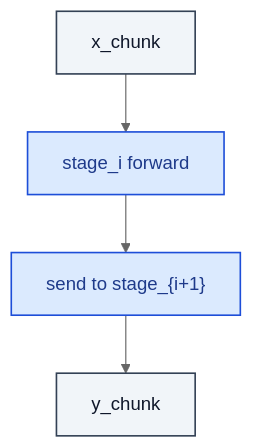
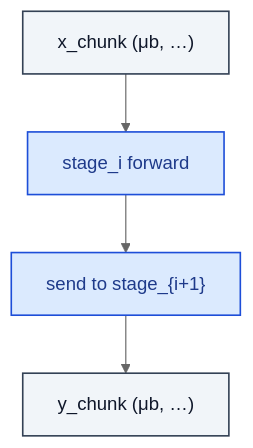
The diagram in efficient/PipelineStage.md (RealityShifts/Srivastava-book-of-Blocks-diagrams), drawn with Mermaid (neutral theme) before and after one commit. The commit also changed 123 other files, not shown here.

````diff
--- a/efficient/PipelineStage.md
+++ b/efficient/PipelineStage.md
@@ -7,19 +7,20 @@
 ```mermaid
 flowchart TD
-    n0_0["x_chunk"]:::io
+    n0_0["x_chunk  (μb, …)"]:::io
     n1_0["stage_i forward"]:::op
     n2_0["send to stage_{i+1}"]:::op
-    n3_0["y_chunk"]:::io
+    n3_0["y_chunk  (μb, …)"]:::io
     n0_0 --> n1_0
     n1_0 --> n2_0
     n2_0 --> n3_0
     classDef io fill:#f1f5f9,stroke:#334155,stroke-width:1.4px,color:#0f172a
     classDef op fill:#dbeafe,stroke:#1d4ed8,stroke-width:1.4px,color:#1e3a8a
     classDef norm fill:#dcfce7,stroke:#15803d,stroke-width:1.4px,color:#14532d
     classDef act fill:#ffedd5,stroke:#c2410c,stroke-width:1.4px,color:#7c2d12
     classDef attn fill:#ede9fe,stroke:#6d28d9,stroke-width:1.4px,color:#4c1d95
     classDef merge fill:#fef3c7,stroke:#b45309,stroke-width:1.4px,color:#78350f
     classDef emb fill:#fef9c3,stroke:#a16207,stroke-width:1.4px,color:#713f12
     classDef loss fill:#fee2e2,stroke:#b91c1c,stroke-width:1.4px,color:#7f1d1d
     classDef ctrl fill:#f5f5f4,stroke:#52525b,stroke-width:1.4px,color:#27272a
+    classDef ref fill:#e0f2fe,stroke:#0369a1,stroke-width:2px,color:#0c4a6e,stroke-dasharray: 4 2
 ```
````
